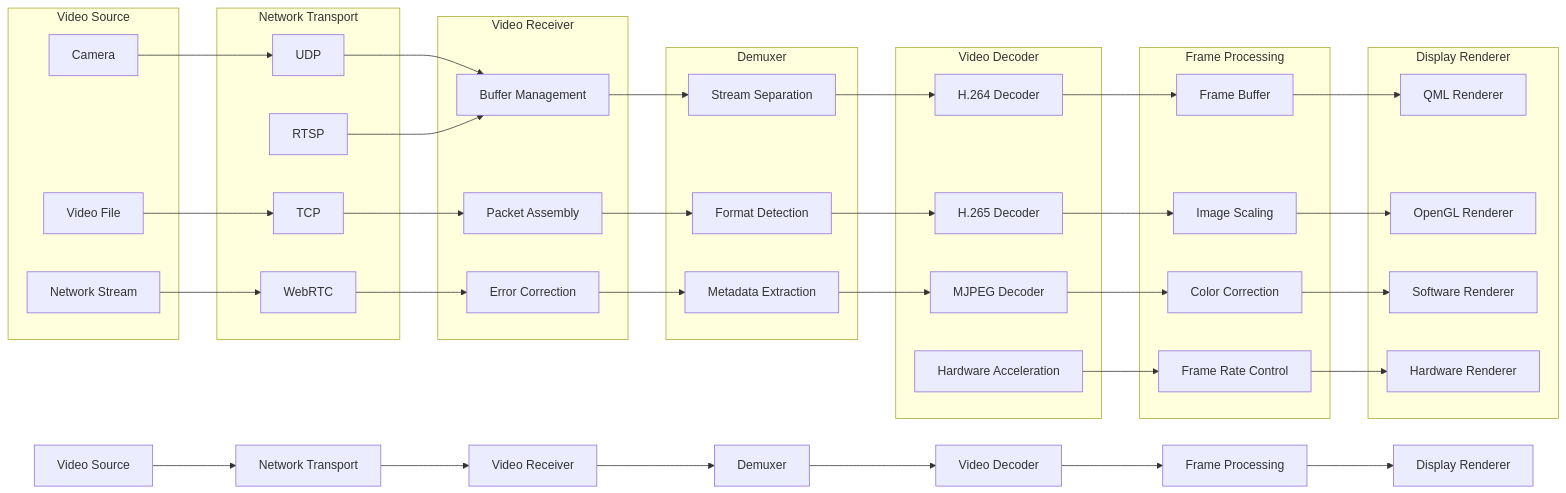
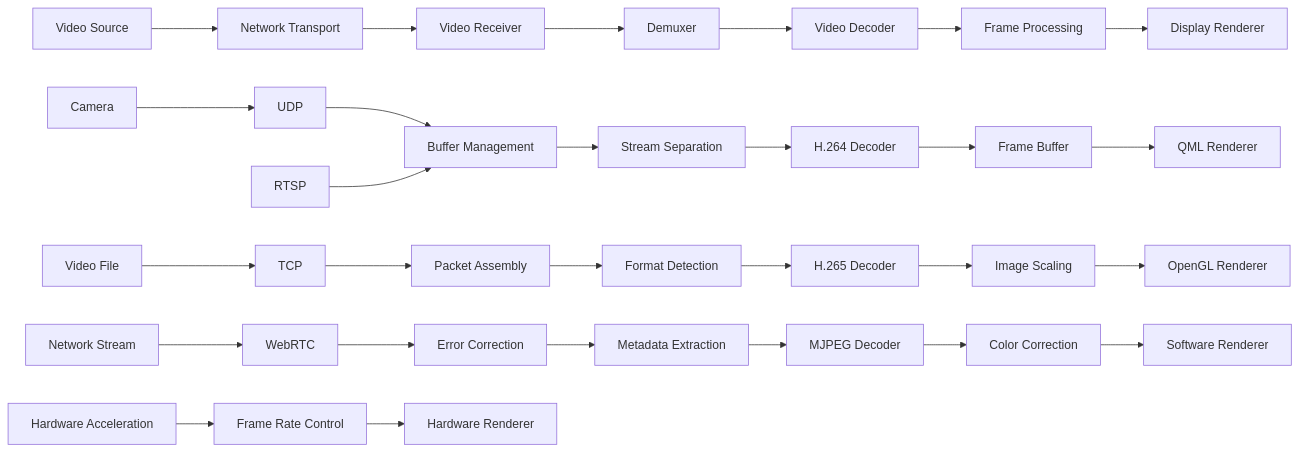
One commit to hsgang/qgroundcontrol changed the fifth of 8 diagrams in QGroundControl_Data_Video_Architecture.md. Above: the diagram before and after it, drawn with Mermaid. The commit also changed other lines of this file, not shown here.

````diff
--- a/QGroundControl_Data_Video_Architecture.md
+++ b/QGroundControl_Data_Video_Architecture.md
@@ -354,82 +306,68 @@
 ```mermaid
-flowchart LR
+graph LR
     A[Video Source] --> B[Network Transport]
     B --> C[Video Receiver]
     C --> D[Demuxer]
     D --> E[Video Decoder]
     E --> F[Frame Processing]
     F --> G[Display Renderer]
     
-    subgraph "Video Source"
-        A1[Camera]
-        A2[Video File]
-        A3[Network Stream]
-    end
+    A1[Camera]
+    A2[Video File]
+    A3[Network Stream]
     
-    subgraph "Network Transport"
-        B1[UDP]
-        B2[TCP]
-        B3[WebRTC]
-        B4[RTSP]
-    end
+    B1[UDP]
+    B2[TCP]
+    B3[WebRTC]
+    B4[RTSP]
     
-    subgraph "Video Receiver"
-        C1[Buffer Management]
-        C2[Packet Assembly]
-        C3[Error Correction]
-    end
+    C1[Buffer Management]
+    C2[Packet Assembly]
+    C3[Error Correction]
     
-    subgraph "Demuxer"
-        D1[Stream Separation]
-        D2[Format Detection]
-        D3[Metadata Extraction]
-    end
+    D1[Stream Separation]
+    D2[Format Detection]
+    D3[Metadata Extraction]
     
-    subgraph "Video Decoder"
-        E1[H.264 Decoder]
-        E2[H.265 Decoder]
-        E3[MJPEG Decoder]
-        E4[Hardware Acceleration]
-    end
+    E1[H.264 Decoder]
+    E2[H.265 Decoder]
+    E3[MJPEG Decoder]
+    E4[Hardware Acceleration]
     
-    subgraph "Frame Processing"
-        F1[Frame Buffer]
-        F2[Image Scaling]
-        F3[Color Correction]
-        F4[Frame Rate Control]
-    end
+    F1[Frame Buffer]
+    F2[Image Scaling]
+    F3[Color Correction]
+    F4[Frame Rate Control]
     
-    subgraph "Display Renderer"
-        G1[QML Renderer]
-        G2[OpenGL Renderer]
-        G3[Software Renderer]
-        G4[Hardware Renderer]
-    end
+    G1[QML Renderer]
+    G2[OpenGL Renderer]
+    G3[Software Renderer]
+    G4[Hardware Renderer]
     
     A1 --> B1
     A2 --> B2
     A3 --> B3
     
     B1 --> C1
     B2 --> C2
     B3 --> C3
     B4 --> C1
     
     C1 --> D1
     C2 --> D2
     C3 --> D3
     
     D1 --> E1
     D2 --> E2
     D3 --> E3
     
     E1 --> F1
     E2 --> F2
     E3 --> F3
     E4 --> F4
     
     F1 --> G1
     F2 --> G2
     F3 --> G3
     F4 --> G4
 ```
````
